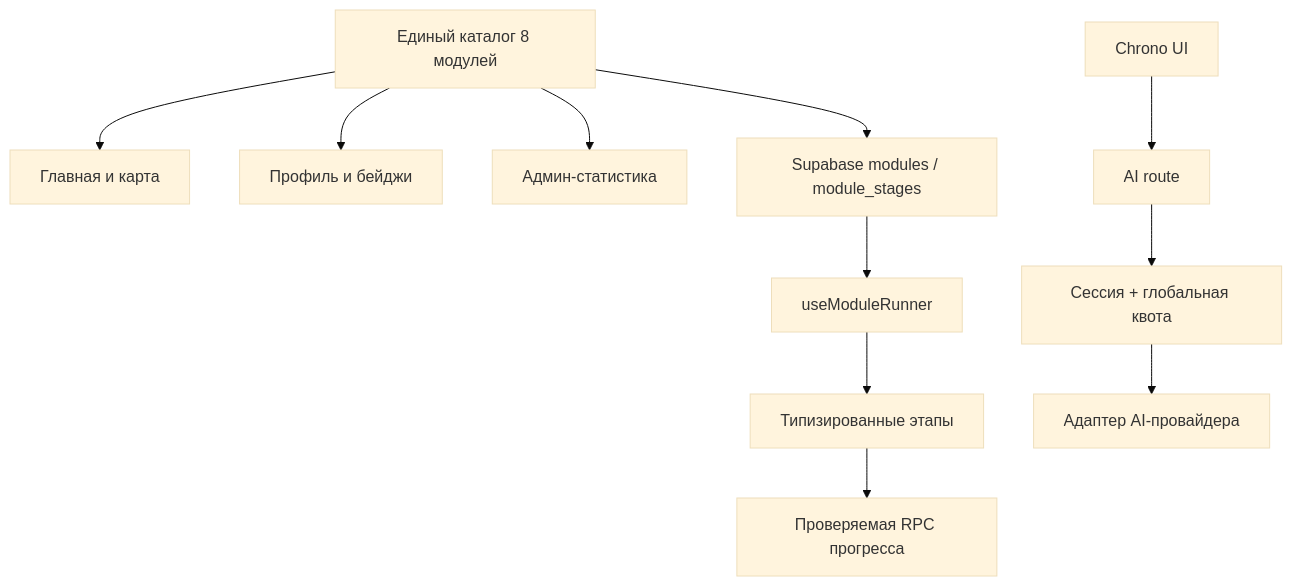
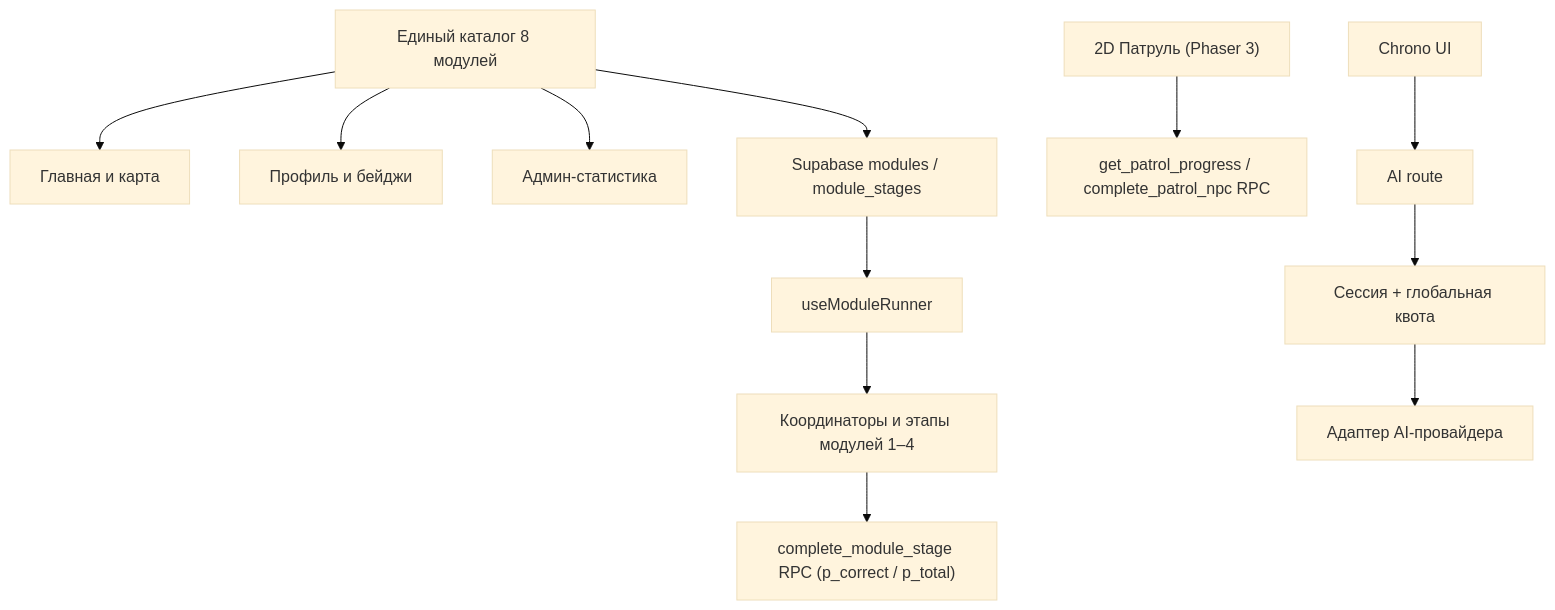
Before and after one commit to Mefist89/infoquest-cahul: the diagram in analis.md, drawn with Mermaid (base theme). The commit also changed other lines of this file and 7 other files, not shown here.

````diff
--- a/analis.md
+++ b/analis.md
@@ -367,13 +209,14 @@
 ```mermaid
 flowchart TD
     Catalog["Единый каталог 8 модулей"] --> Home["Главная и карта"]
     Catalog --> Profile["Профиль и бейджи"]
     Catalog --> Admin["Админ-статистика"]
     Catalog --> DB["Supabase modules / module_stages"]
     DB --> Runner["useModuleRunner"]
-    Runner --> Stage["Типизированные этапы"]
-    Stage --> RPC["Проверяемая RPC прогресса"]
+    Runner --> Stage["Координаторы и этапы модулей 1–4"]
+    Stage --> RPC["complete_module_stage RPC (p_correct / p_total)"]
+    Patrol["2D Патруль (Phaser 3)"] --> PatrolRPC["get_patrol_progress / complete_patrol_npc RPC"]
     Chat["Chrono UI"] --> Api["AI route"]
     Api --> Auth["Сессия + глобальная квота"]
     Auth --> Provider["Адаптер AI-провайдера"]
 ```
````
